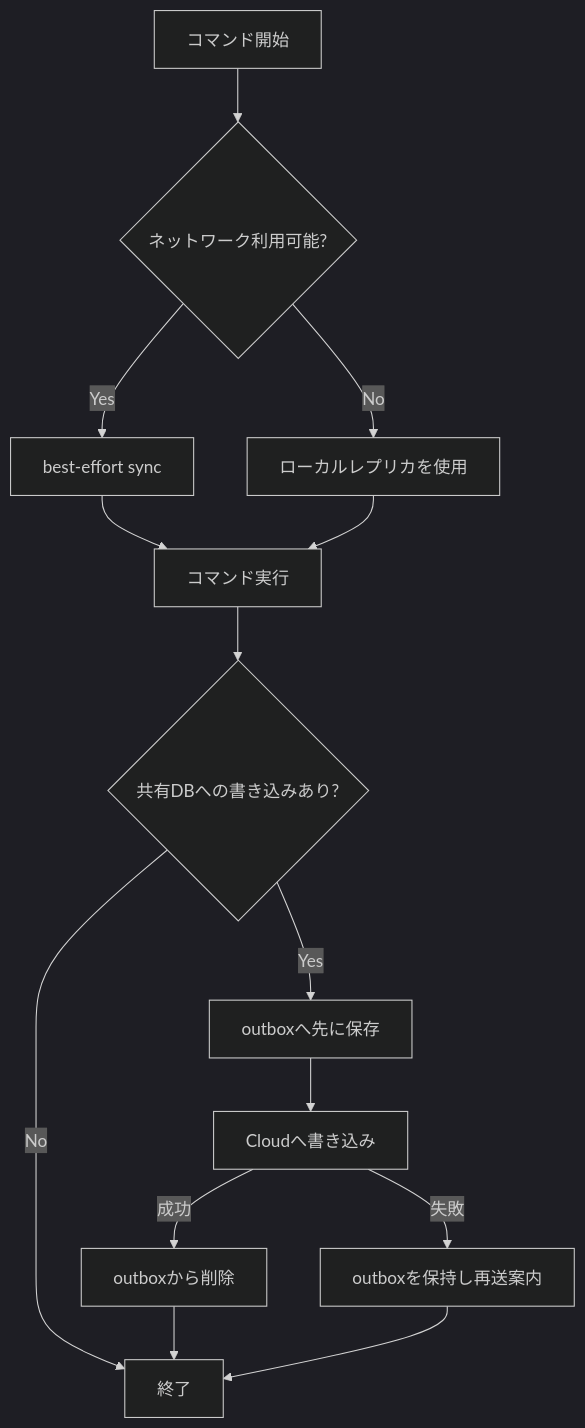
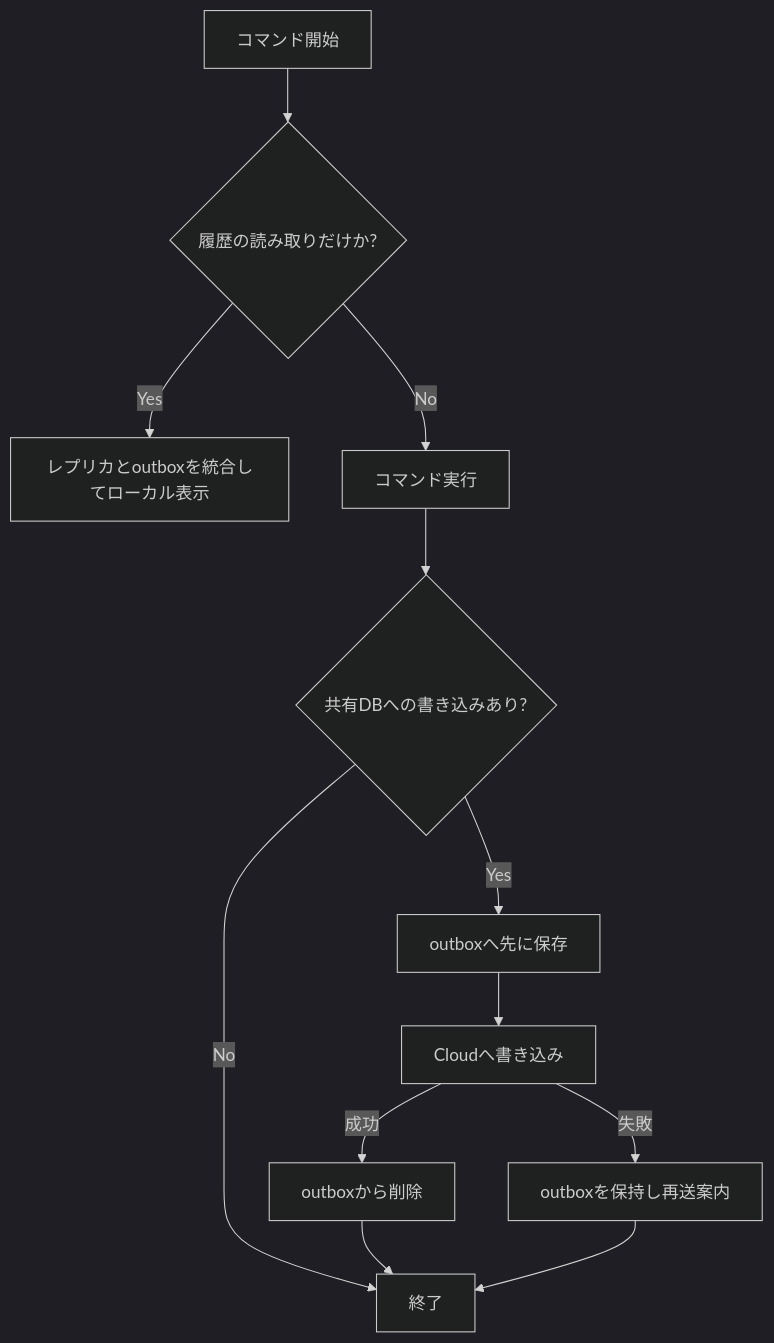
Before and after one commit to mgmaru/algo-loom: diagram 13 of 17 in database/turso-design-guide.md, drawn with Mermaid (dark theme). The commit also changed other lines of this file, not shown here.

Commit message:
docs: prefer Turso Sync for local-first storage

````diff
--- a/database/turso-design-guide.md
+++ b/database/turso-design-guide.md
@@ -609,16 +610,14 @@
 ```mermaid
 flowchart TD
-    A[コマンド開始] --> B{ネットワーク利用可能?}
-    B -->|Yes| C[best-effort sync]
-    B -->|No| D[ローカルレプリカを使用]
-    C --> E[コマンド実行]
-    D --> E
-    E --> F{共有DBへの書き込みあり?}
+    A[コマンド開始] --> B{履歴の読み取りだけか?}
+    B -->|Yes| C[レプリカとoutboxを統合してローカル表示]
+    B -->|No| D[コマンド実行]
+    D --> F{共有DBへの書き込みあり?}
     F -->|No| G[終了]
     F -->|Yes| H[outboxへ先に保存]
     H --> I[Cloudへ書き込み]
     I -->|成功| J[outboxから削除]
     I -->|失敗| K[outboxを保持し再送案内]
     J --> G
     K --> G
 ```
````
